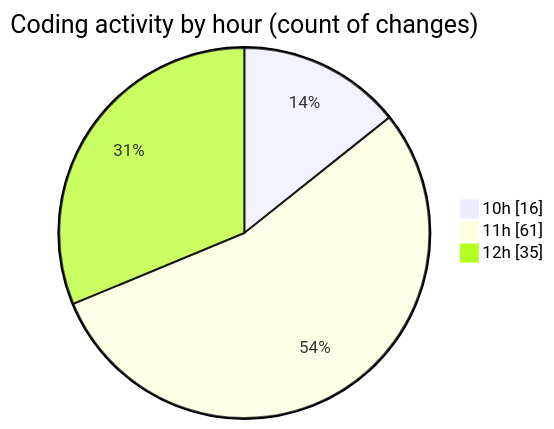
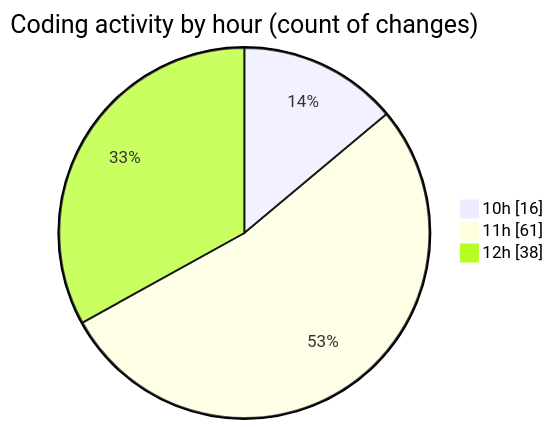
Before and after one commit to momahboobian/code-tracking: the second of 2 diagrams in 2026-07-23/cda/README.md, drawn with Mermaid. The commit also changed other lines of this file and 1 other file, not shown here.

````diff
--- a/2026-07-23/cda/README.md
+++ b/2026-07-23/cda/README.md
@@ -52,7 +52,7 @@
 ```mermaid
 pie showData
 title Coding activity by hour (count of changes)
 "10h" : 16
 "11h" : 61
-"12h" : 35
+"12h" : 38
 ```
````
